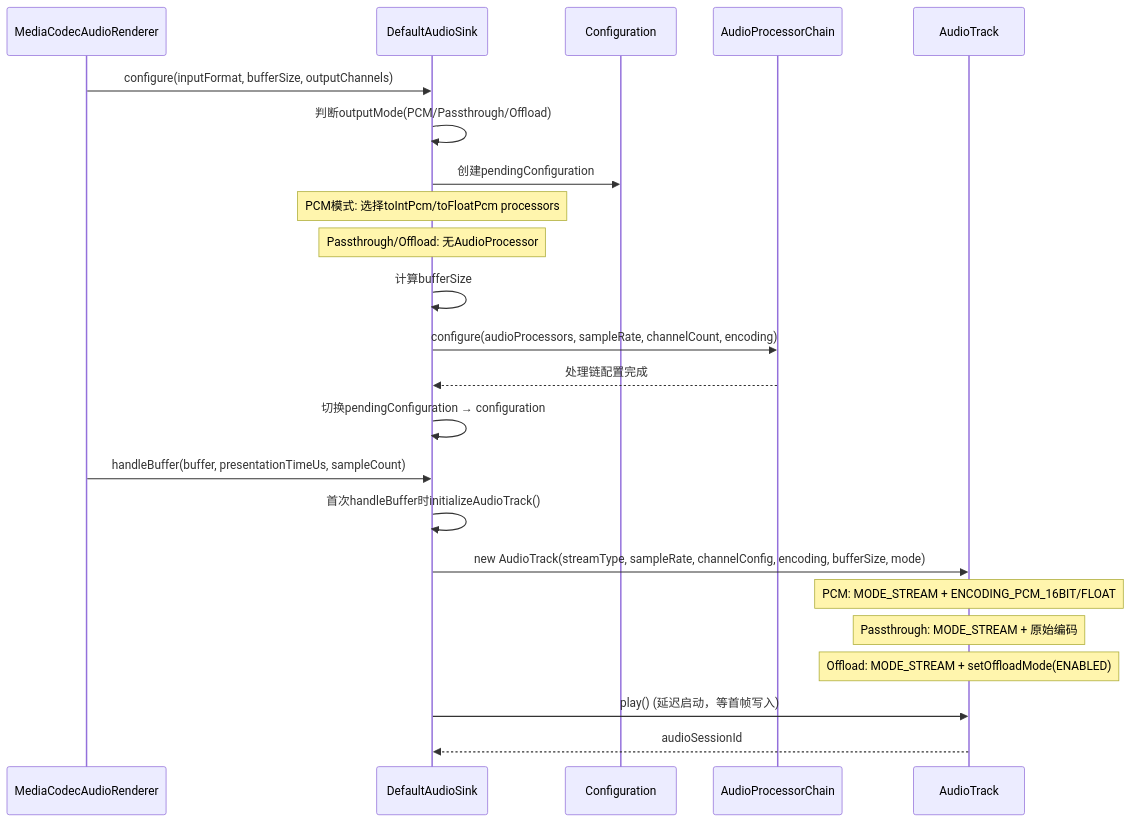
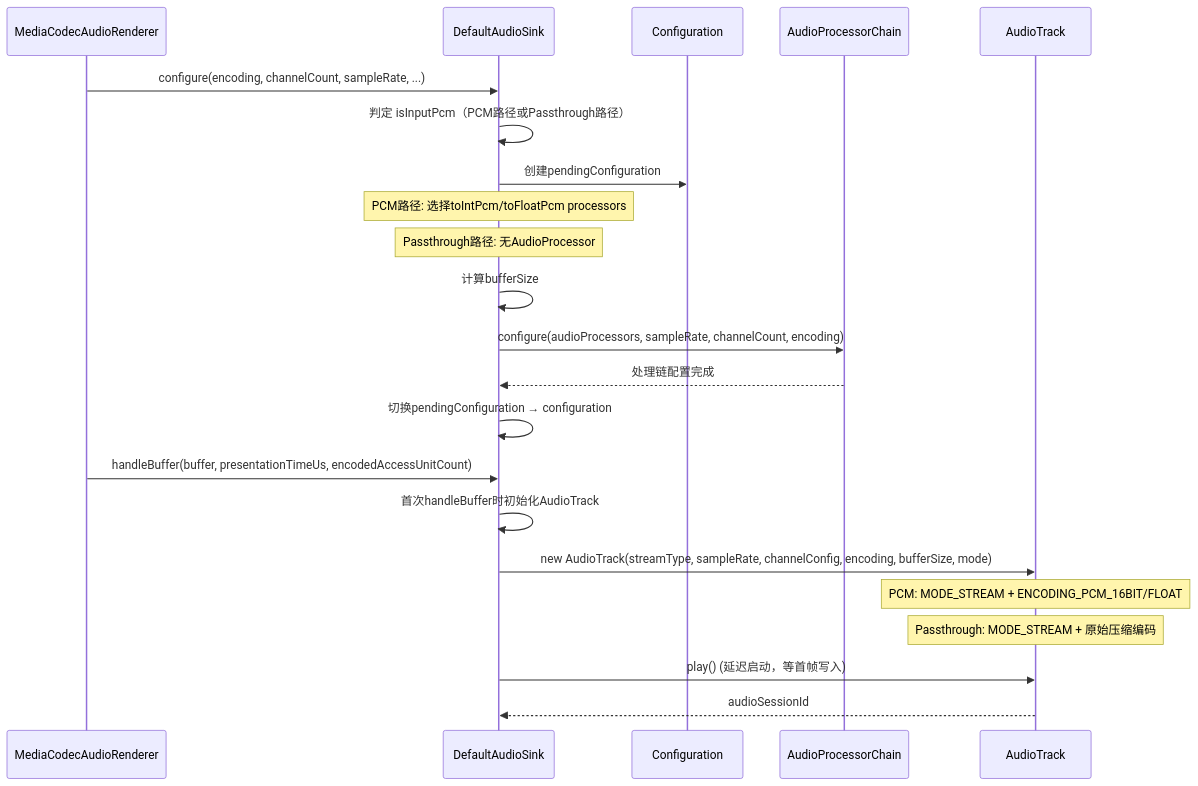
One commit to yanglinzhen1022/SA8295_AAOS_QNX_Audio_KnowledgeBase changed the second of 4 diagrams in 02_Application_Layer/02_2.10_ExoPlayer调用路径.md. Above: the diagram before and after it, drawn with Mermaid. The commit also changed other lines of this file and 12 other files, not shown here.

````diff
--- a/02_Application_Layer/02_2.10_ExoPlayer调用路径.md
+++ b/02_Application_Layer/02_2.10_ExoPlayer调用路径.md
@@ -132,27 +128,26 @@
 ```mermaid
 sequenceDiagram
     participant AR as MediaCodecAudioRenderer
     participant DAS as DefaultAudioSink
     participant CFG as Configuration
     participant APT as AudioProcessorChain
     participant AT as AudioTrack
 
-    AR->>DAS: configure(inputFormat, bufferSize, outputChannels)
-    DAS->>DAS: 判断outputMode(PCM/Passthrough/Offload)
+    AR->>DAS: configure(encoding, channelCount, sampleRate, ...)
+    DAS->>DAS: 判定 isInputPcm（PCM路径或Passthrough路径）
     DAS->>CFG: 创建pendingConfiguration
-    Note over DAS: PCM模式: 选择toIntPcm/toFloatPcm processors
-    Note over DAS: Passthrough/Offload: 无AudioProcessor
+    Note over DAS: PCM路径: 选择toIntPcm/toFloatPcm processors
+    Note over DAS: Passthrough路径: 无AudioProcessor
     DAS->>DAS: 计算bufferSize
     DAS->>APT: configure(audioProcessors, sampleRate, channelCount, encoding)
     APT-->>DAS: 处理链配置完成
     DAS->>DAS: 切换pendingConfiguration → configuration
 
-    AR->>DAS: handleBuffer(buffer, presentationTimeUs, sampleCount)
-    DAS->>DAS: 首次handleBuffer时initializeAudioTrack()
+    AR->>DAS: handleBuffer(buffer, presentationTimeUs, encodedAccessUnitCount)
+    DAS->>DAS: 首次handleBuffer时初始化AudioTrack
     DAS->>AT: new AudioTrack(streamType, sampleRate, channelConfig, encoding, bufferSize, mode)
     Note over AT: PCM: MODE_STREAM + ENCODING_PCM_16BIT/FLOAT
-    Note over AT: Passthrough: MODE_STREAM + 原始编码
-    Note over AT: Offload: MODE_STREAM + setOffloadMode(ENABLED)
+    Note over AT: Passthrough: MODE_STREAM + 原始压缩编码
     DAS->>AT: play() (延迟启动，等首帧写入)
     AT-->>DAS: audioSessionId
 ```
````
